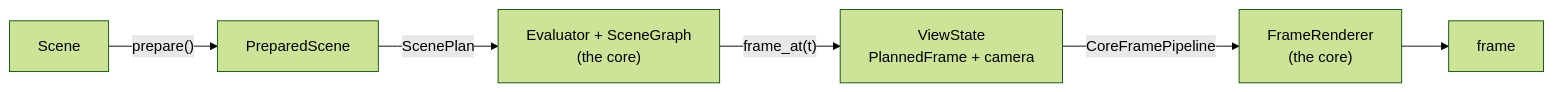
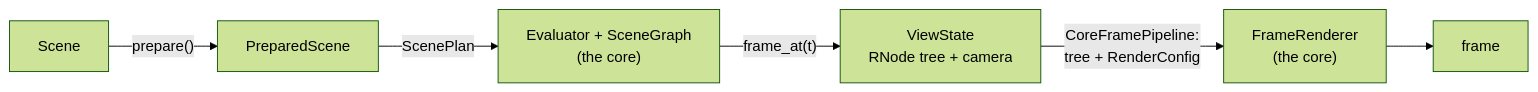
One commit to MrDiver/manim changed the first of 5 diagrams in manimx/manimx/renderer/README.md. Above: the diagram before and after it, drawn with Mermaid (forest theme). The commit also changed other lines of this file and 110 other files, not shown here.

````diff
--- a/manimx/manimx/renderer/README.md
+++ b/manimx/manimx/renderer/README.md
@@ -258,8 +257,8 @@
 ```mermaid
 flowchart LR
     S["Scene"] -->|"prepare()"| P["PreparedScene"]
     P -->|"ScenePlan"| Plan["Evaluator + SceneGraph<br/>(the core)"]
-    Plan -->|"frame_at(t)"| V["ViewState<br/>PlannedFrame + camera"]
-    V -->|"CoreFramePipeline"| FR["FrameRenderer<br/>(the core)"]
+    Plan -->|"frame_at(t)"| V["ViewState<br/>RNode tree + camera"]
+    V -->|"CoreFramePipeline:<br/>tree + RenderConfig"| FR["FrameRenderer<br/>(the core)"]
     FR --> Out["frame"]
 ```
````
